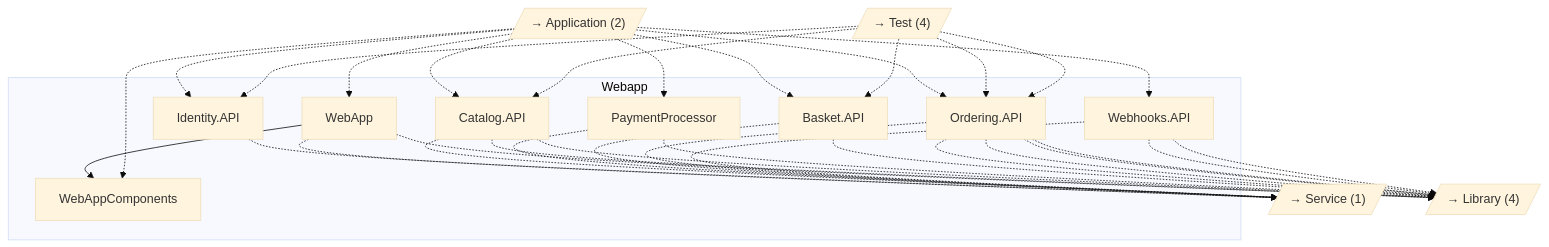
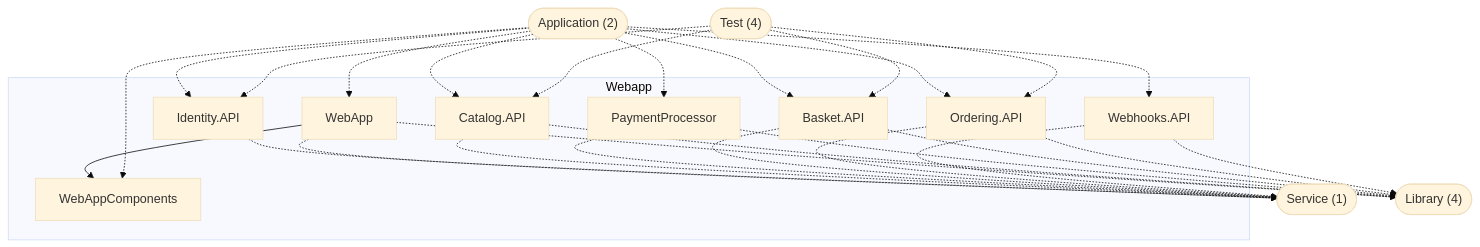
The diagram in output-eshop/docs/diagrams/category-webapp.mmd (GanizaniSitara/tools-static-analysis), drawn with Mermaid (base theme) before and after one commit. The commit also changed 37 other files, not shown here.

First line of the commit message:
Fix Mermaid syntax error and add zoom controls to viewer

```diff
--- a/output-eshop/docs/diagrams/category-webapp.mmd
+++ b/output-eshop/docs/diagrams/category-webapp.mmd
@@ -1,47 +1,41 @@
 graph TD
     subgraph webapp["Webapp"]
         src_WebApp["WebApp"]
         src_Identity_API["Identity.API"]
         src_Catalog_API["Catalog.API"]
         src_WebAppComponents["WebAppComponents"]
         src_PaymentProcessor["PaymentProcessor"]
         src_Basket_API["Basket.API"]
         src_Ordering_API["Ordering.API"]
         src_Webhooks_API["Webhooks.API"]
     end
-    ext_service[/"→ Service (1)"/]
-    ext_library[/"→ Library (4)"/]
-    ext_application[/"→ Application (2)"/]
-    ext_test[/"→ Test (4)"/]
+    ext_service(["Service (1)"])
+    ext_library(["Library (4)"])
+    ext_application(["Application (2)"])
+    ext_test(["Test (4)"])
     src_WebApp --> src_WebAppComponents
     src_WebApp -.-> ext_service
     src_WebApp -.-> ext_library
     src_Identity_API -.-> ext_service
-    src_Catalog_API -.-> ext_library
     src_Catalog_API -.-> ext_library
     src_Catalog_API -.-> ext_service
     ext_application -.-> src_Basket_API
     ext_application -.-> src_Catalog_API
     ext_application -.-> src_Identity_API
     ext_application -.-> src_Ordering_API
     ext_application -.-> src_PaymentProcessor
     ext_application -.-> src_Webhooks_API
     ext_application -.-> src_WebApp
     src_PaymentProcessor -.-> ext_service
     src_PaymentProcessor -.-> ext_library
     ext_application -.-> src_WebAppComponents
     src_Basket_API -.-> ext_service
     src_Basket_API -.-> ext_library
     src_Ordering_API -.-> ext_library
-    src_Ordering_API -.-> ext_library
     src_Ordering_API -.-> ext_service
-    src_Ordering_API -.-> ext_library
-    src_Ordering_API -.-> ext_library
-    src_Webhooks_API -.-> ext_library
     src_Webhooks_API -.-> ext_library
     src_Webhooks_API -.-> ext_service
-    ext_test -.-> src_Ordering_API
     ext_test -.-> src_Ordering_API
     ext_test -.-> src_Identity_API
     ext_test -.-> src_Catalog_API
     ext_test -.-> src_Basket_API
```
